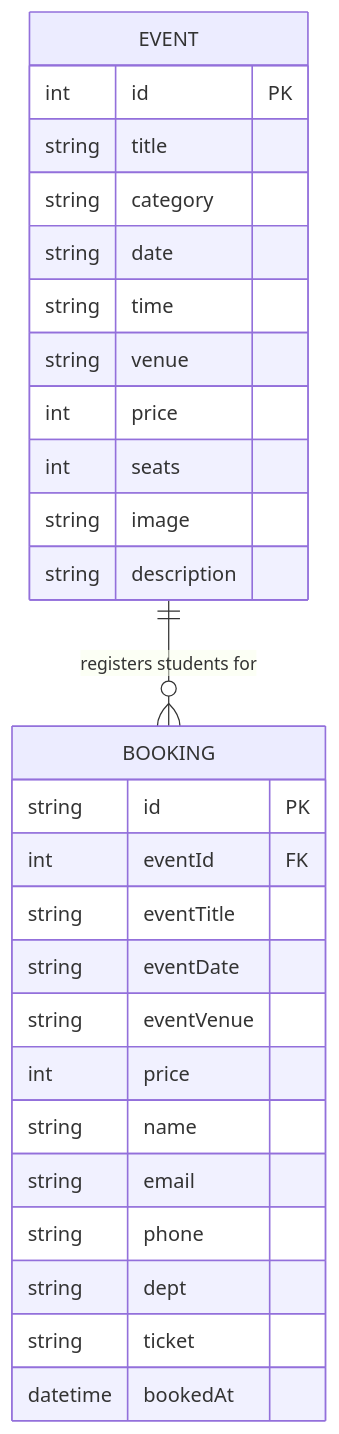
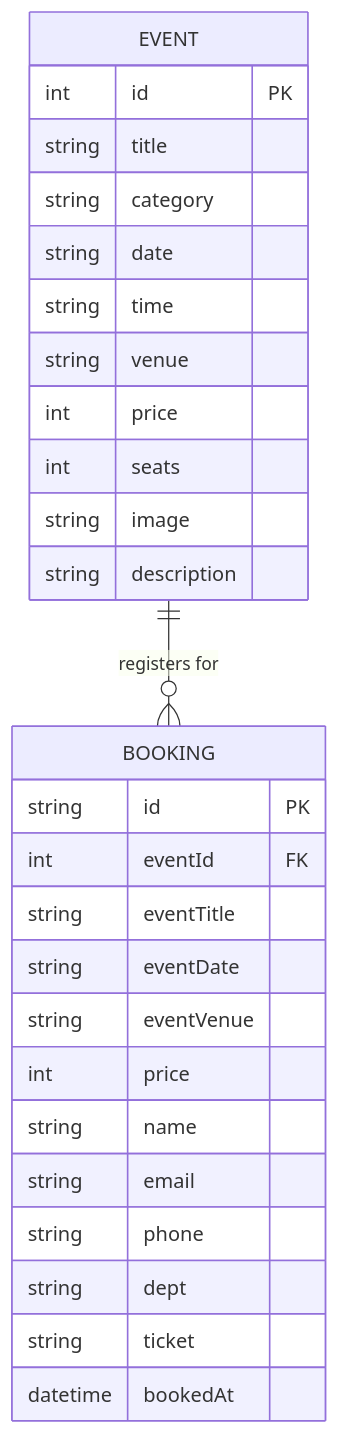
Before and after one commit to itzrnvr/eduevents: the second of 2 diagrams in ER-DIAGRAM.md, drawn with Mermaid. The commit also changed other lines of this file, not shown here.

Commit message:
Expand ER diagram to normalized 5-entity conceptual model

````diff
--- a/ER-DIAGRAM.md
+++ b/ER-DIAGRAM.md
@@ -7,30 +89,30 @@
 ```mermaid
 erDiagram
-    EVENT ||--o{ BOOKING : "registers students for"
+    EVENT ||--o{ BOOKING : "registers for"
     EVENT {
         int id PK
         string title
         string category
         string date
         string time
         string venue
         int price
         int seats
         string image
         string description
     }
     BOOKING {
         string id PK
         int eventId FK
         string eventTitle
         string eventDate
         string eventVenue
         int price
         string name
         string email
         string phone
         string dept
         string ticket
         datetime bookedAt
     }
 ```
````
